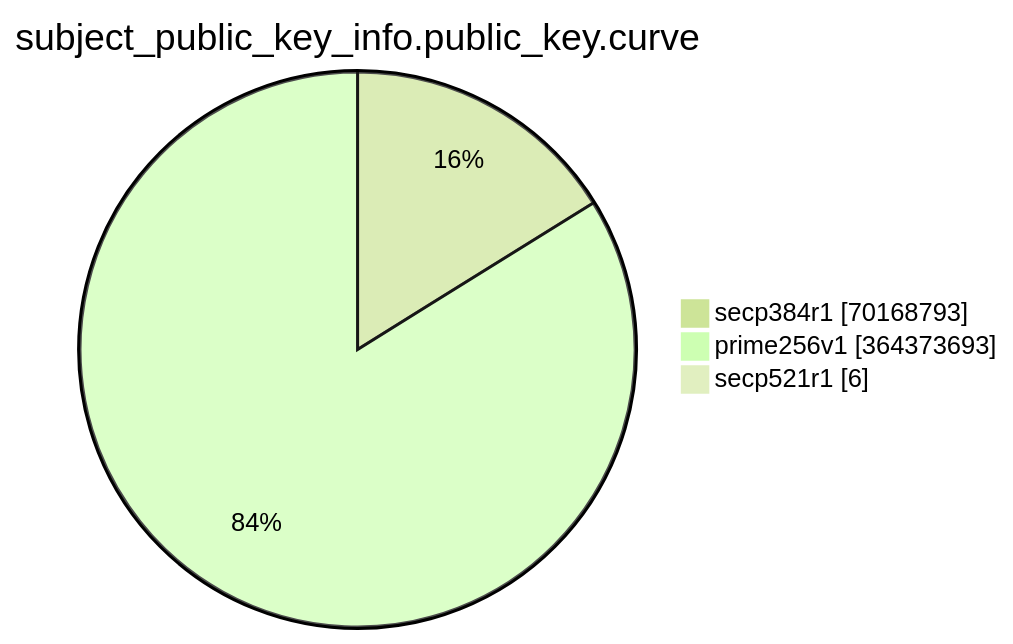
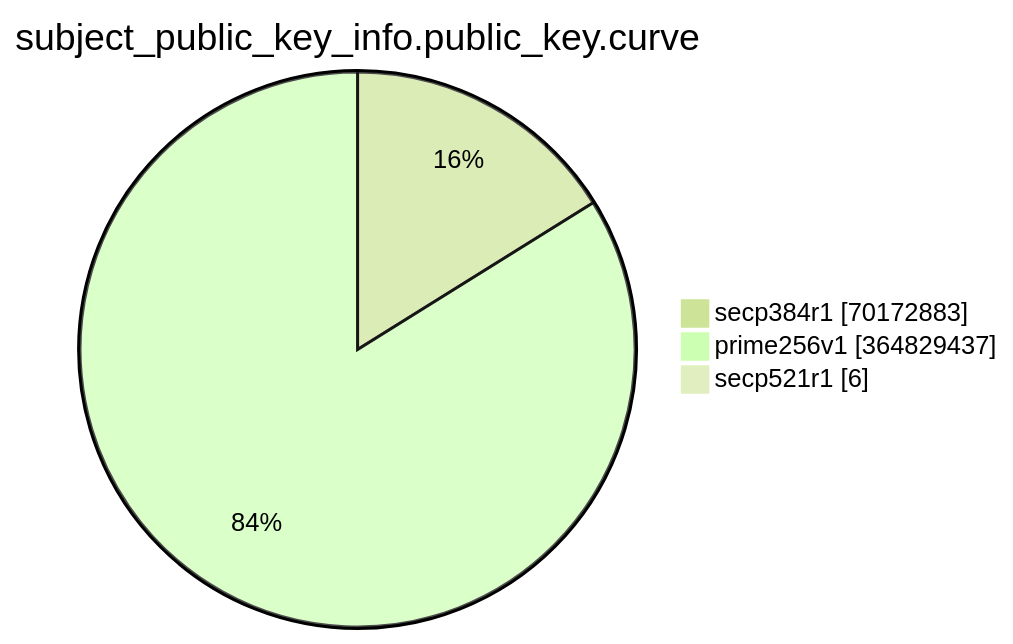
Before and after one commit to christiankrug/ctmonitor_visualization: the eighth of 15 diagrams in TOTAL/README.md, drawn with Mermaid (forest theme). The commit also changed other lines of this file, not shown here.

````diff
--- a/TOTAL/README.md
+++ b/TOTAL/README.md
@@ -3092,7 +3093,7 @@
 ```mermaid
 pie showData
 title subject_public_key_info.public_key.curve
-"secp384r1" :70168793
-"prime256v1" :364373693
+"secp384r1" :70172883
+"prime256v1" :364829437
 "secp521r1" :6
 ```
````
